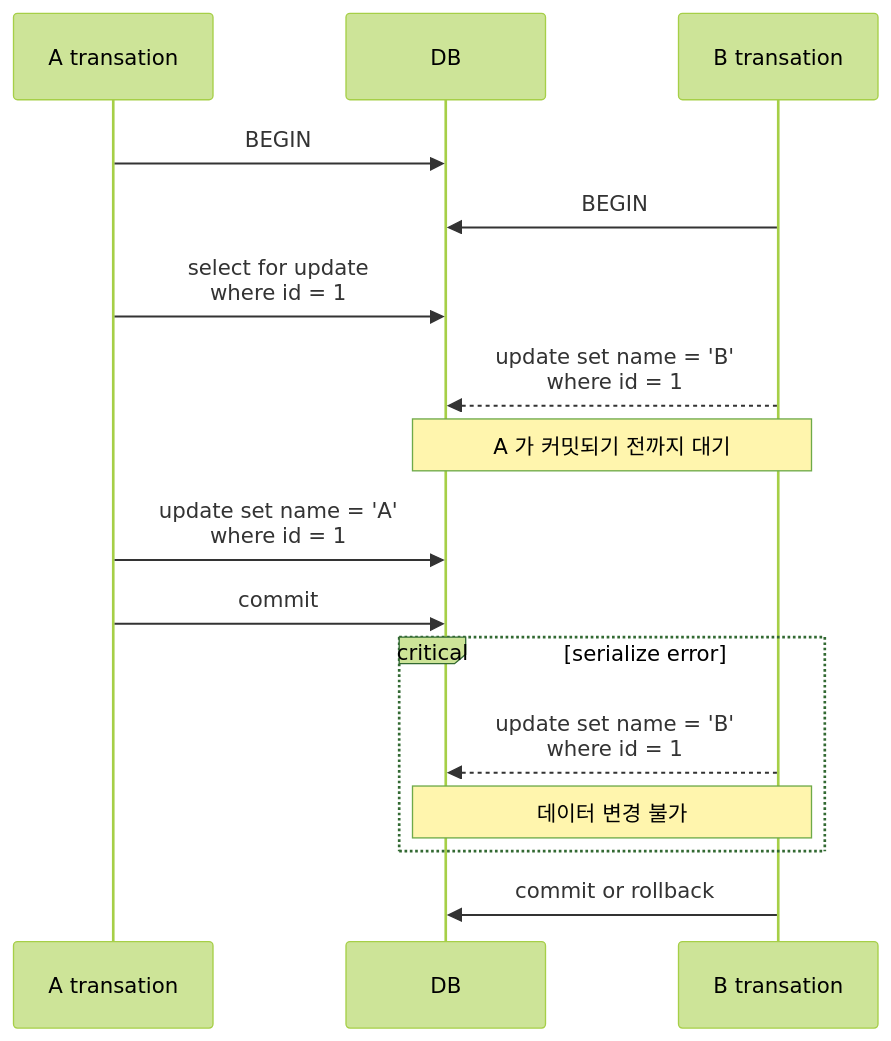
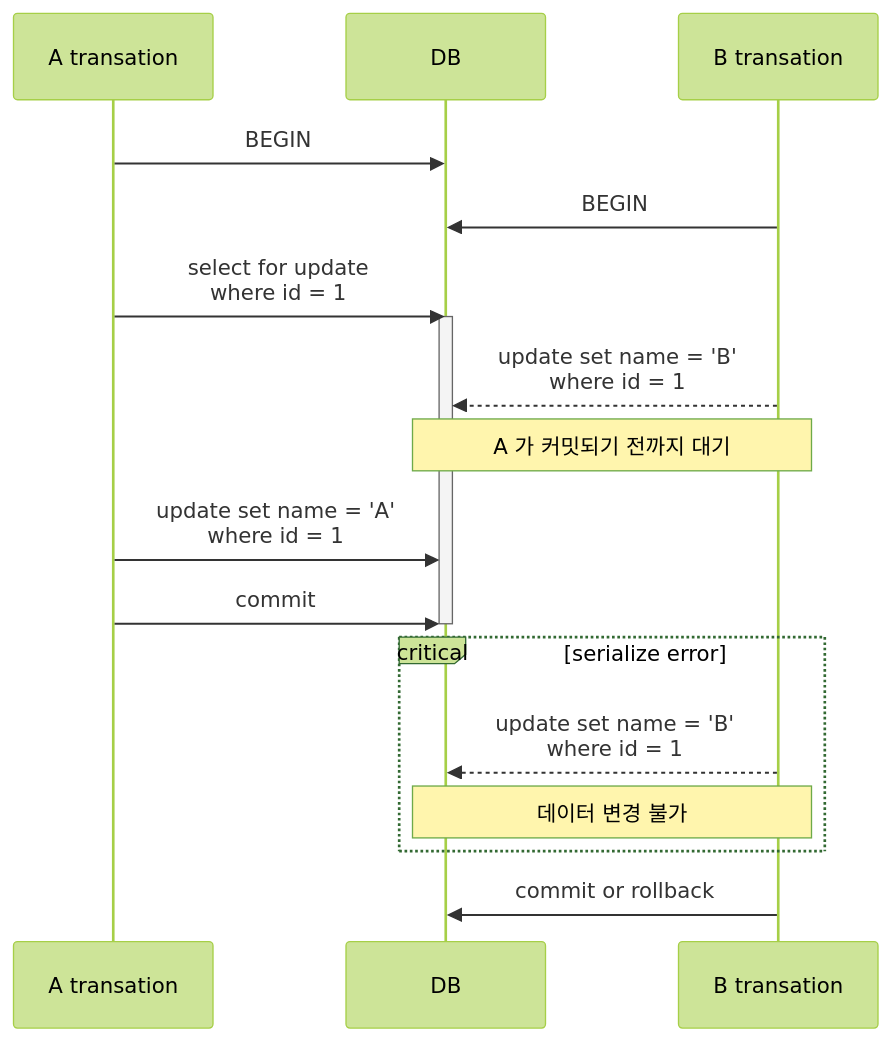
The second of 4 diagrams in 3_Resource/select for update in PostgreSQL.md (songkg7/haril-vault), drawn with Mermaid (forest theme) before and after one commit. The commit also changed other lines of this file and 1 other file, not shown here.

````diff
--- a/3_Resource/select for update in PostgreSQL.md
+++ b/3_Resource/select for update in PostgreSQL.md
@@ -51,18 +69,20 @@
 ```mermaid
 sequenceDiagram
     participant A as A transation
     participant DB
     participant B as B transation
     A->>DB: BEGIN
     B->>DB: BEGIN
     A->>DB: select for update<br/>where id = 1
+    activate DB
     B-->>DB: update set name = 'B'<br/>where id = 1
     Note over B,DB: A 가 커밋되기 전까지 대기
     A->>DB: update set name = 'A'<br/>where id = 1
     A->>DB: commit
+    deactivate DB
     critical serialize error
         B-->>DB: update set name = 'B'<br/>where id = 1
         Note over B,DB: 데이터 변경 불가
     end
     B->>DB: commit or rollback
 ```
````
